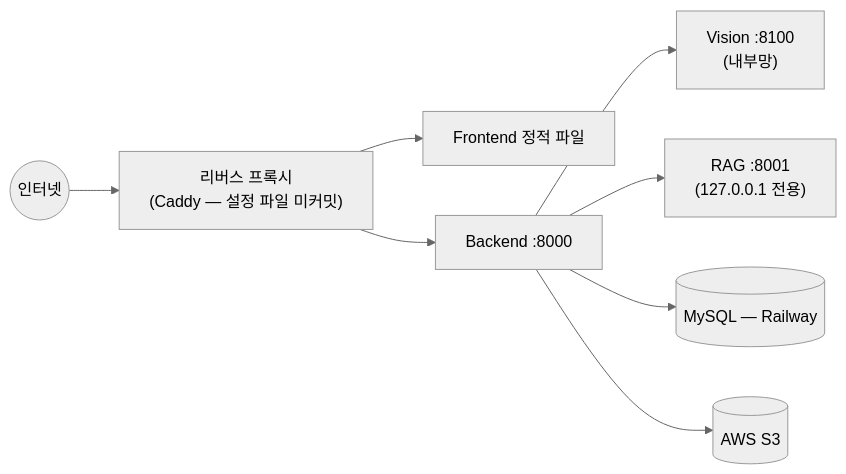
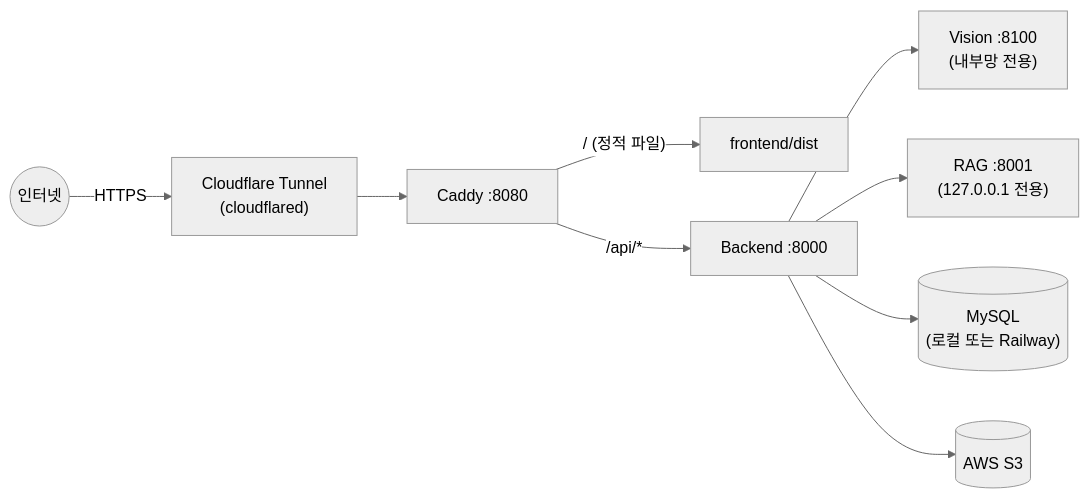
One commit to rkqls8522/recycling_ssg changed the diagram in docs/deployment/README.md. Above: the diagram before and after it, drawn with Mermaid (neutral theme). The commit also changed other lines of this file and 3 other files, not shown here.

````diff
--- a/docs/deployment/README.md
+++ b/docs/deployment/README.md
@@ -26,10 +39,11 @@
 ```mermaid
 flowchart LR
-    Internet((인터넷)) --> Caddy["리버스 프록시\n(Caddy — 설정 파일 미커밋)"]
-    Caddy --> FE[Frontend 정적 파일]
-    Caddy --> BE["Backend :8000"]
-    BE --> VS["Vision :8100\n(내부망)"]
+    Internet((인터넷)) -->|HTTPS| CFT["Cloudflare Tunnel\n(cloudflared)"]
+    CFT --> Caddy["Caddy :8080"]
+    Caddy -->|"/ (정적 파일)"| FE["frontend/dist"]
+    Caddy -->|"/api/*"| BE["Backend :8000"]
+    BE --> VS["Vision :8100\n(내부망 전용)"]
     BE --> RAG["RAG :8001\n(127.0.0.1 전용)"]
-    BE --> MySQL[("MySQL — Railway")]
+    BE --> DB[("MySQL\n(로컬 또는 Railway)")]
     BE --> S3[("AWS S3")]
 ```
````
